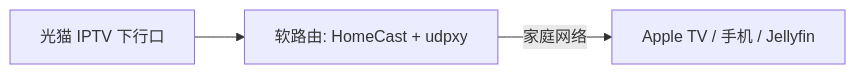
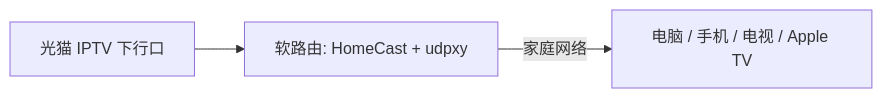
Before and after one commit to holyful/shanghai-telecom-iptv: the diagram in docs/network.md, drawn with Mermaid. The commit also changed other lines of this file and 1 other file, not shown here.

````diff
--- a/docs/network.md
+++ b/docs/network.md
@@ -15,5 +18,5 @@
 ```mermaid
 flowchart LR
   ONT[光猫 IPTV 下行口] --> ROUTER[软路由: HomeCast + udpxy]
-  ROUTER -->|家庭网络| CLIENT[Apple TV / 手机 / Jellyfin]
+  ROUTER -->|家庭网络| CLIENT[电脑 / 手机 / 电视 / Apple TV]
 ```
````
